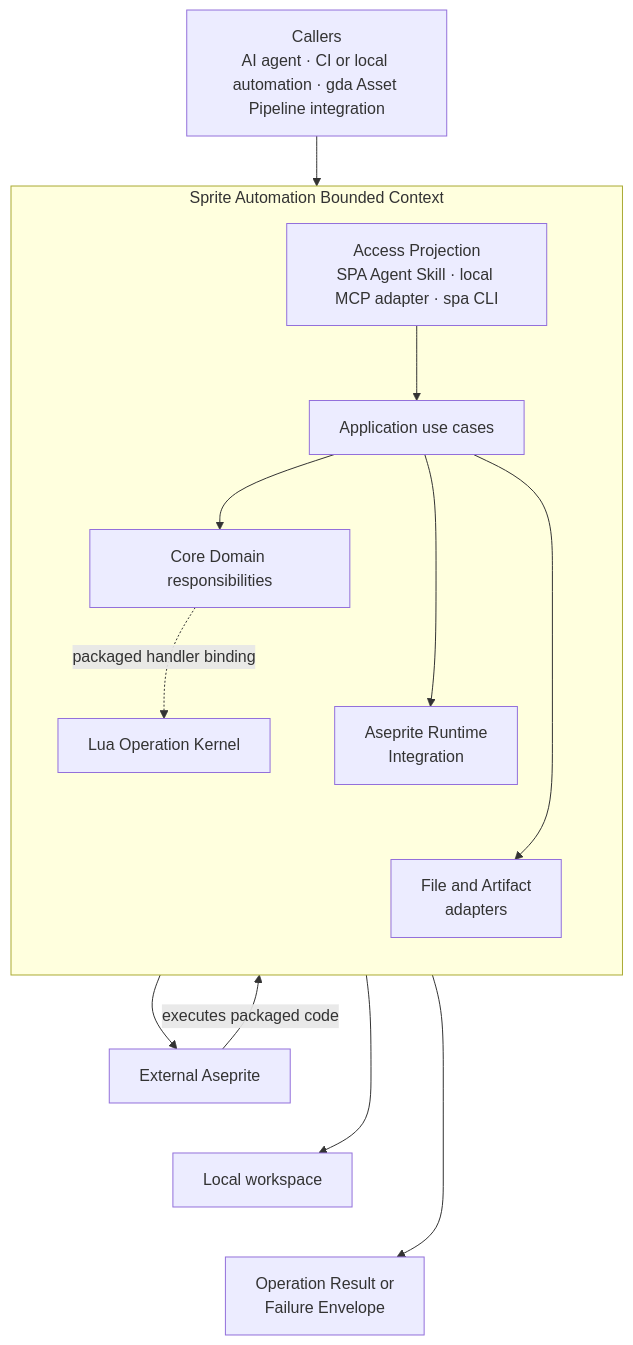
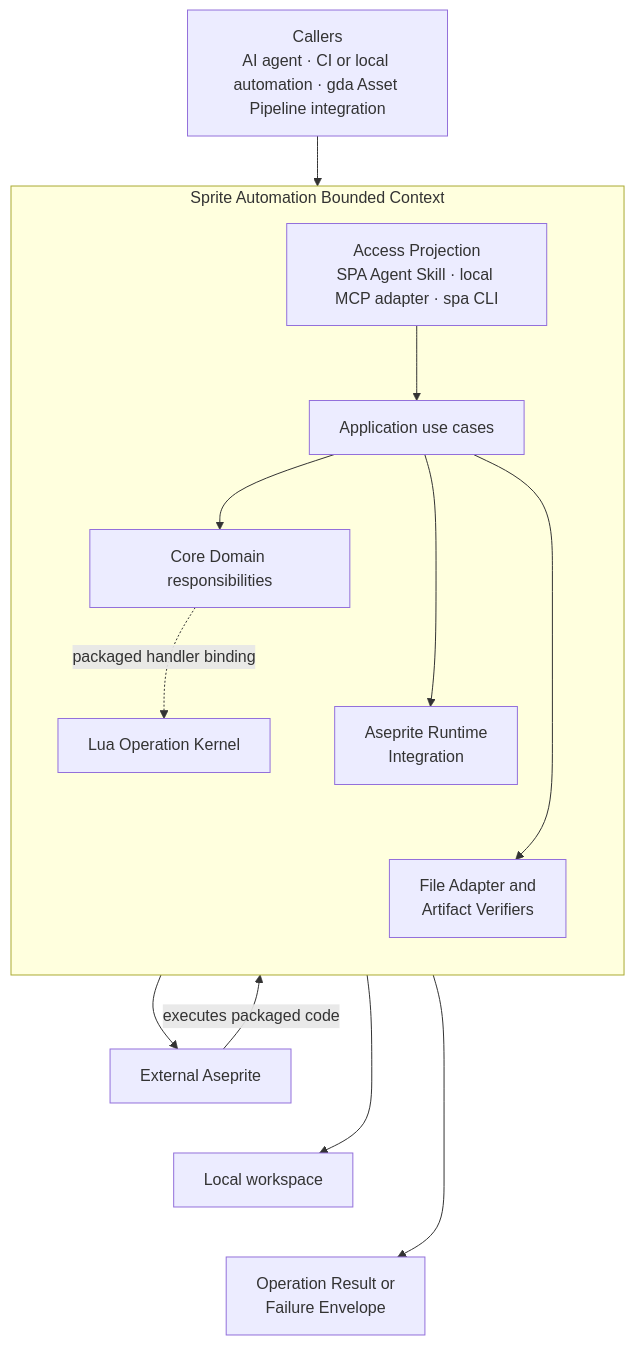
The first of 7 diagrams in ARCHITECTURE.md (aigengame/aseprite-automation), drawn with Mermaid before and after one commit. The commit also changed other lines of this file and 4 other files, not shown here.

Commit message:
docs(architecture): close review boundary gaps

````diff
--- a/ARCHITECTURE.md
+++ b/ARCHITECTURE.md
@@ -30,28 +30,28 @@
 ```mermaid
 flowchart TB
     Callers["Callers<br/>AI agent · CI or local automation · gda Asset Pipeline integration"]
 
     subgraph SPA[Sprite Automation Bounded Context]
         direction TB
         Access["Access Projection<br/>SPA Agent Skill · local MCP adapter · spa CLI"]
         Access --> App[Application use cases]
         App --> Core[Core Domain responsibilities]
         App --> Runtime["Aseprite Runtime<br/>Integration"]
-        App --> Files["File and Artifact<br/>adapters"]
+        App --> Files["File Adapter and<br/>Artifact Verifiers"]
         Core -. packaged handler binding .-> Kernel[Lua Operation Kernel]
 
         %% Invisible links stack peer nodes vertically without adding runtime semantics.
         Core ~~~ Runtime
         Runtime ~~~ Files
     end
 
     Callers --> Access
     Runtime --> Aseprite[External Aseprite]
     Aseprite -->|executes packaged code| Kernel
     Files --> Workspace[Local workspace]
     App --> Outcome["Operation Result or<br/>Failure Envelope"]
 
     %% Stack external peers so the overview stays narrow on GitHub.
     Aseprite ~~~ Workspace
     Workspace ~~~ Outcome
 ```
````
